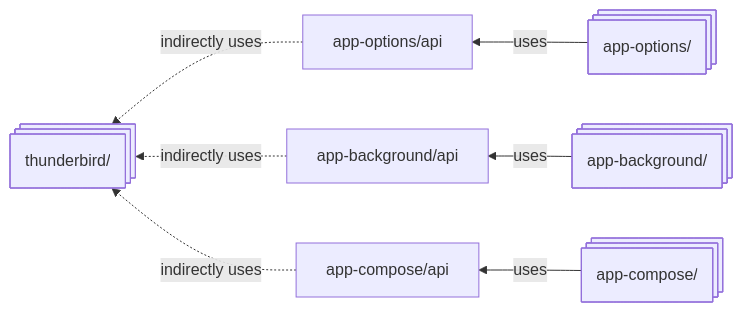
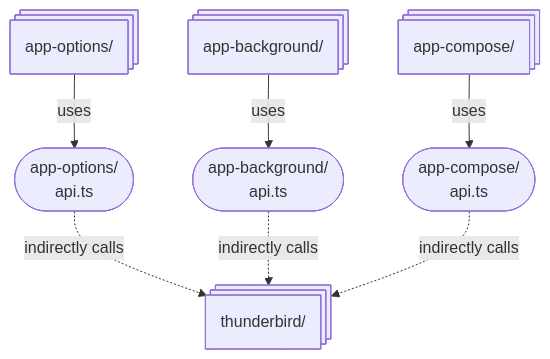
Before and after one commit to snipsnipsnip/ghostbird: the sixth of 8 diagrams in doc/design.md, drawn with Mermaid. The commit also changed other lines of this file and 5 other files, not shown here.

````diff
--- a/doc/design.md
+++ b/doc/design.md
@@ -245,12 +260,12 @@
 ```mermaid
-flowchart RL
+flowchart TB
 options@{shape: procs, label: app-options/}
 background@{shape: procs, label: app-background/}
 compose@{shape: procs, label: app-compose/}
 thunderbird@{shape: procs, label: thunderbird/}
-options -->|uses| options_api["app-options/api"]
-background -->|uses| background_api["app-background/api"]
-compose -->|uses| compose_api["app-compose/api"]
+options -->|uses| options_api@{shape: pill, label: app-options/<br>api.ts}
+background -->|uses| background_api@{shape: pill, label: app-background/<br>api.ts}
+compose -->|uses| compose_api@{shape: pill, label: app-compose/<br>api.ts}
 
-options_api & background_api & compose_api -.->|indirectly uses| thunderbird
+options_api & background_api & compose_api -.->|indirectly calls| thunderbird
 ```
````
